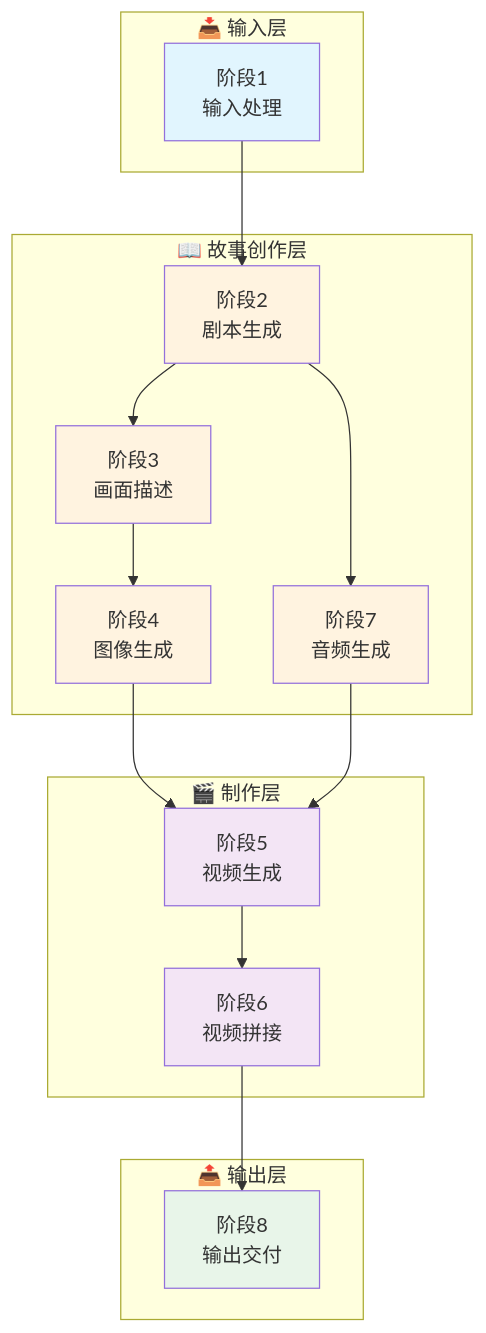
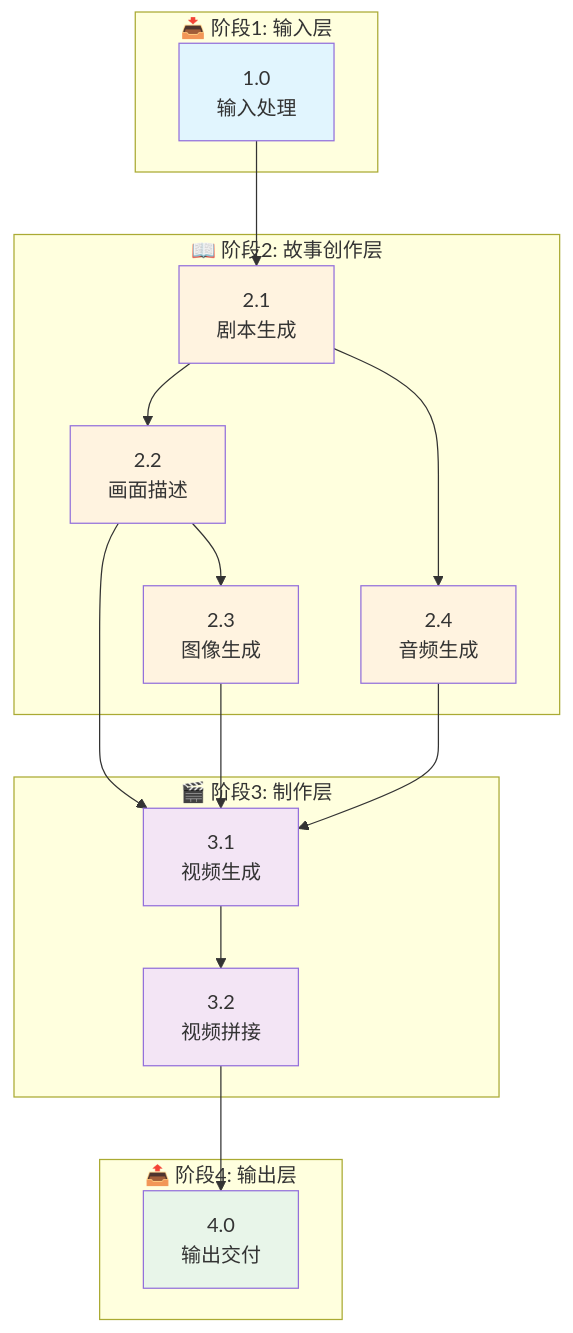
The first of 2 diagrams in docs/workflow_diagram.md (kiddyt00/FrameLeap), drawn with Mermaid before and after one commit. The commit also changed other lines of this file, not shown here.

First line of the commit message:
docs: 使用子阶段编号细化流程图

````diff
--- a/docs/workflow_diagram.md
+++ b/docs/workflow_diagram.md
@@ -5,40 +5,41 @@
 ```mermaid
 flowchart TD
-    subgraph Input["📥 输入层"]
-        A[阶段1<br/>输入处理]
+    subgraph Input["📥 阶段1: 输入层"]
+        A[1.0<br/>输入处理]
     end
 
-    subgraph Story["📖 故事创作层"]
-        B[阶段2<br/>剧本生成]
-        C[阶段3<br/>画面描述]
-        D[阶段4<br/>图像生成]
-        G[阶段7<br/>音频生成]
+    subgraph Story["📖 阶段2: 故事创作层"]
+        B1[2.1<br/>剧本生成]
+        B2[2.2<br/>画面描述]
+        B3[2.3<br/>图像生成]
+        B4[2.4<br/>音频生成]
     end
 
-    subgraph Production["🎬 制作层"]
-        E[阶段5<br/>视频生成]
-        F[阶段6<br/>视频拼接]
+    subgraph Production["🎬 阶段3: 制作层"]
+        C1[3.1<br/>视频生成]
+        C2[3.2<br/>视频拼接]
     end
 
-    subgraph Output["📤 输出层"]
-        H[阶段8<br/>输出交付]
+    subgraph Output["📤 阶段4: 输出层"]
+        D[4.0<br/>输出交付]
     end
 
-    A --> B
-    B --> C
-    C --> D
-    B --> G
-    D --> E
-    G --> E
-    E --> F
-    F --> H
+    A --> B1
+    B1 --> B2
+    B2 --> B3
+    B1 --> B4
+    B2 --> C1
+    B3 --> C1
+    B4 --> C1
+    C1 --> C2
+    C2 --> D
 
     style A fill:#e1f5fe
-    style B fill:#fff3e0
-    style C fill:#fff3e0
-    style D fill:#fff3e0
-    style G fill:#fff3e0
-    style E fill:#f3e5f5
-    style F fill:#f3e5f5
-    style H fill:#e8f5e9
+    style B1 fill:#fff3e0
+    style B2 fill:#fff3e0
+    style B3 fill:#fff3e0
+    style B4 fill:#fff3e0
+    style C1 fill:#f3e5f5
+    style C2 fill:#f3e5f5
+    style D fill:#e8f5e9
 ```
````
